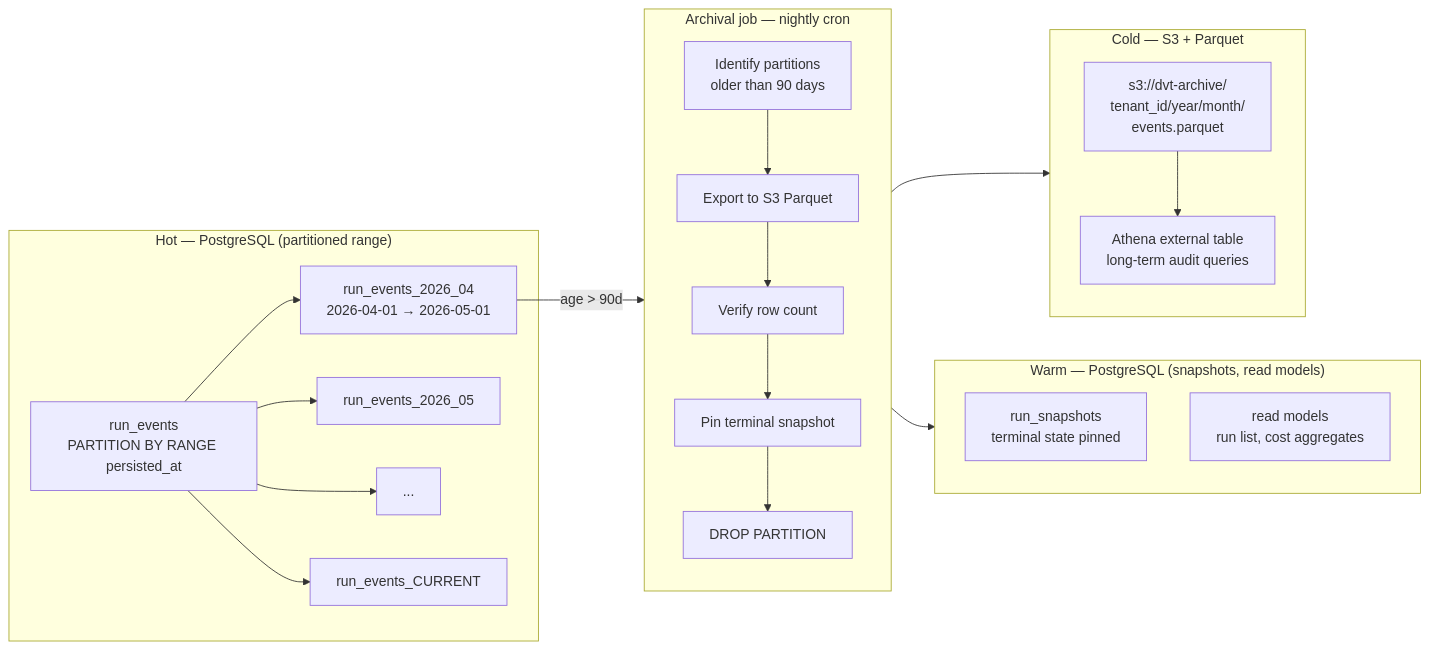
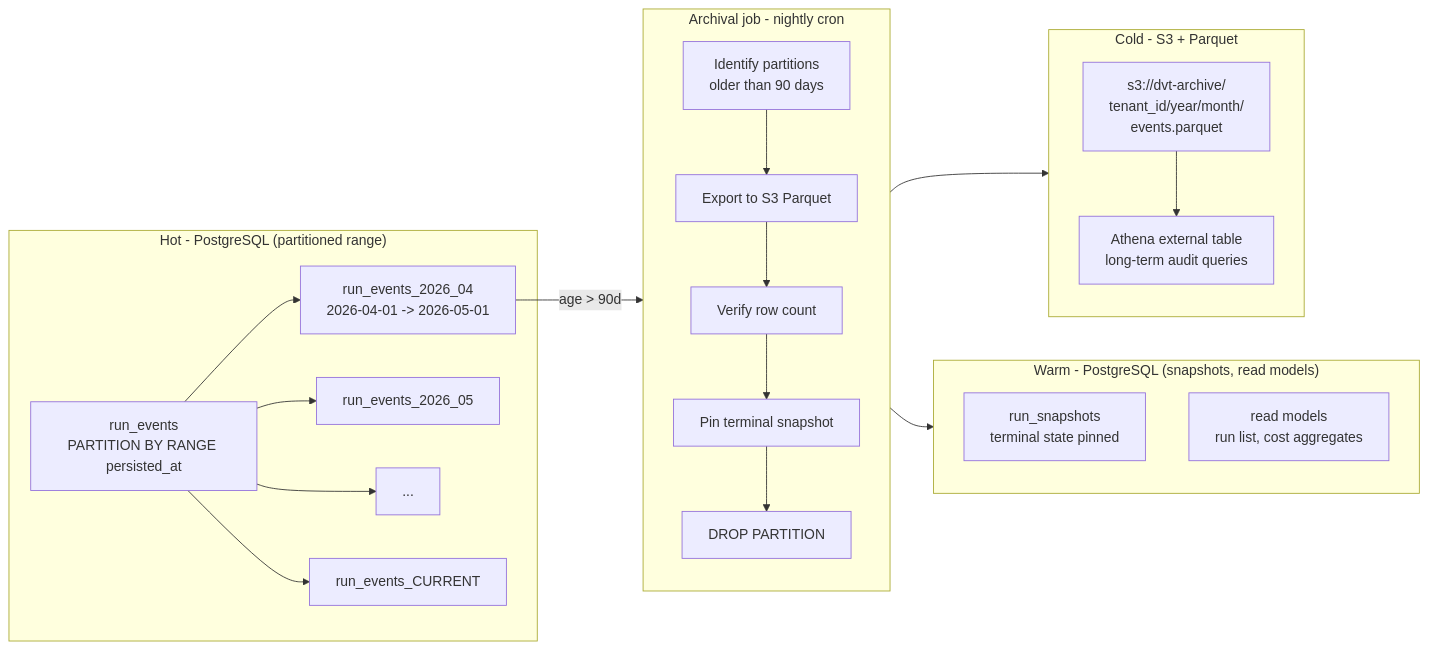
One commit to dunay2/dvt changed the ninth of 12 diagrams in docs/reviews/dvt-top3-gaps-roadmap-20260319.md. Above: the diagram before and after it, drawn with Mermaid. The commit also changed other lines of this file and 2 other files, not shown here.

Commit message:
docs(docs): Normalize top3 roadmap encoding and sync indexes

````diff
--- a/docs/reviews/dvt-top3-gaps-roadmap-20260319.md
+++ b/docs/reviews/dvt-top3-gaps-roadmap-20260319.md
@@ -356,34 +356,34 @@
 ```mermaid
 flowchart LR
-    subgraph HOT["Hot — PostgreSQL (partitioned range)"]
+    subgraph HOT["Hot - PostgreSQL (partitioned range)"]
         RE[run_events\nPARTITION BY RANGE persisted_at]
-        RE --> P1[run_events_2026_04\n2026-04-01 → 2026-05-01]
+        RE --> P1[run_events_2026_04\n2026-04-01 -> 2026-05-01]
         RE --> P2[run_events_2026_05]
         RE --> Pdot[...]
         RE --> PN[run_events_CURRENT]
     end
 
-    subgraph WARM["Warm — PostgreSQL (snapshots, read models)"]
+    subgraph WARM["Warm - PostgreSQL (snapshots, read models)"]
         RS[run_snapshots\nterminal state pinned]
         RM[read models\nrun list, cost aggregates]
     end
 
-    subgraph COLD["Cold — S3 + Parquet"]
+    subgraph COLD["Cold - S3 + Parquet"]
         S3[s3://dvt-archive/\ntenant_id/year/month/\nevents.parquet]
         ATH[Athena external table\nlong-term audit queries]
         S3 --> ATH
     end
 
-    subgraph ARCHIVALJOB["Archival job — nightly cron"]
+    subgraph ARCHIVALJOB["Archival job - nightly cron"]
         AJ1[Identify partitions\nolder than 90 days]
         AJ2[Export to S3 Parquet]
         AJ3[Verify row count]
         AJ4[Pin terminal snapshot]
         AJ5[DROP PARTITION]
         AJ1 --> AJ2 --> AJ3 --> AJ4 --> AJ5
     end
 
     P1 -->|"age > 90d"| ARCHIVALJOB
     ARCHIVALJOB --> COLD
     ARCHIVALJOB --> WARM
 ```
````
